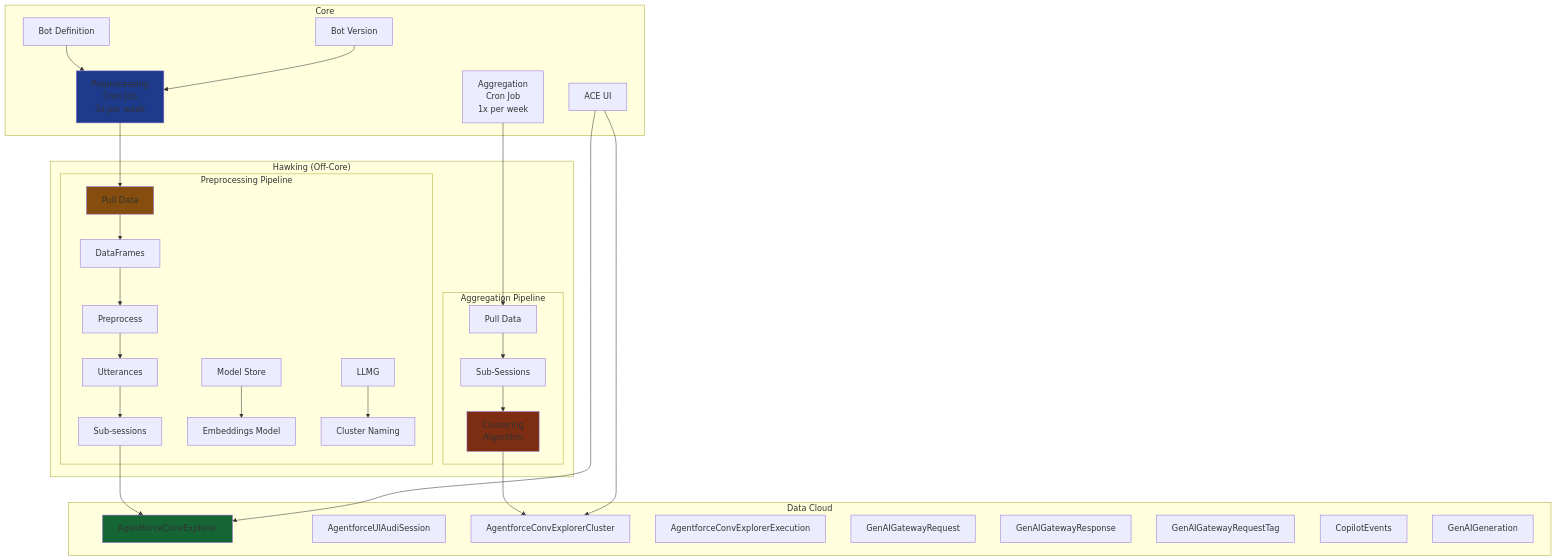
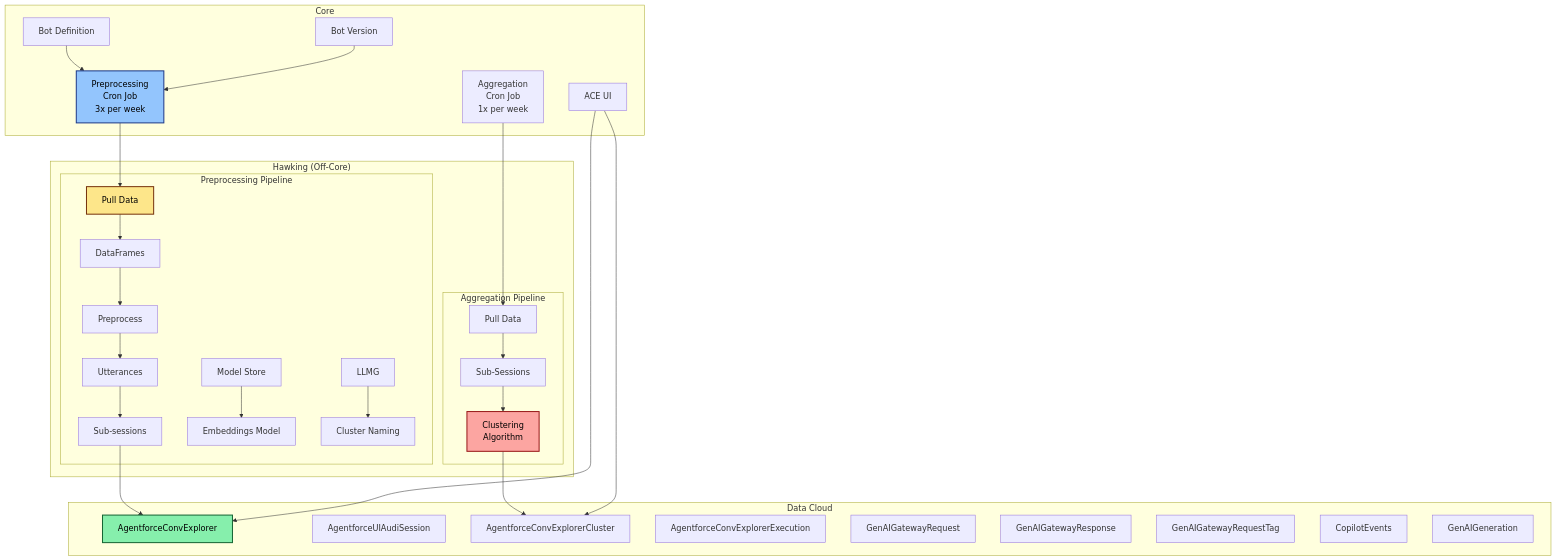
The fifth of 11 diagrams in agentforce/observability/README_Agentforce_Observability_System_Architecture.md (arupsarkar-sfdc/Misc), drawn with Mermaid before and after one commit. The commit also changed other lines of this file, not shown here.

````diff
--- a/agentforce/observability/README_Agentforce_Observability_System_Architecture.md
+++ b/agentforce/observability/README_Agentforce_Observability_System_Architecture.md
@@ -428,71 +434,71 @@
 ```mermaid
 graph TB
     subgraph "Hawking (Off-Core)"
         subgraph "Preprocessing Pipeline"
             PULL[Pull Data]
             DATAFRAMES[DataFrames]
             PREPROCESS[Preprocess]
             UTTERANCES[Utterances]
             SUBSESSIONS[Sub-sessions]
             MS[Model Store]
             LLMG[LLMG]
             EMBEDDINGS[Embeddings Model]
             CLUSTER_NAMING[Cluster Naming]
         end
         
         subgraph "Aggregation Pipeline"
             PULL2[Pull Data]
             SUBSESS2[Sub-Sessions]
             CLUSTERING[Clustering<br/>Algorithm]
         end
     end
     
     subgraph "Data Cloud"
         AIECE[AgentforceConvExplorer]
         AIEAAS[AgentforceUIAudiSession]
         AIECEC[AgentforceConvExplorerCluster]
         AIEEXEC[AgentforceConvExplorerExecution]
         
         GENAIGATEWAY[GenAIGatewayRequest]
         GENAIGATEWAYRESP[GenAIGatewayResponse]
         GENAIGATEWAYREQTAG[GenAIGatewayRequestTag]
         COPILOTEVENTS[CopilotEvents]
         GENAIGEN[GenAIGeneration]
     end
     
     subgraph "Core"
         CRONJOB1[Preprocessing<br/>Cron Job<br/>3x per week]
         CRONJOB2[Aggregation<br/>Cron Job<br/>1x per week]
         BOTDEF[Bot Definition]
         BOTVER[Bot Version]
         ACEUI[ACE UI]
     end
     
     PULL --> DATAFRAMES
     DATAFRAMES --> PREPROCESS
     PREPROCESS --> UTTERANCES
     UTTERANCES --> SUBSESSIONS
     
     MS --> EMBEDDINGS
     LLMG --> CLUSTER_NAMING
     
     PULL2 --> SUBSESS2
     SUBSESS2 --> CLUSTERING
     
     SUBSESSIONS --> AIECE
     CLUSTERING --> AIECEC
     
     CRONJOB1 --> PULL
     CRONJOB2 --> PULL2
     
     BOTDEF --> CRONJOB1
     BOTVER --> CRONJOB1
     
     ACEUI --> AIECE
     ACEUI --> AIECEC
     
-    style PULL fill:#854d0e
-    style CLUSTERING fill:#7c2d12
-    style AIECE fill:#166534
-    style CRONJOB1 fill:#1e3a8a
+    style PULL fill:#fde68a,stroke:#78350f,stroke-width:2px,color:#000
+    style CLUSTERING fill:#fca5a1,stroke:#991b1b,stroke-width:2px,color:#000
+    style AIECE fill:#86efac,stroke:#166534,stroke-width:2px,color:#000
+    style CRONJOB1 fill:#93c5fd,stroke:#1e3a8a,stroke-width:2px,color:#000
 ```
````
